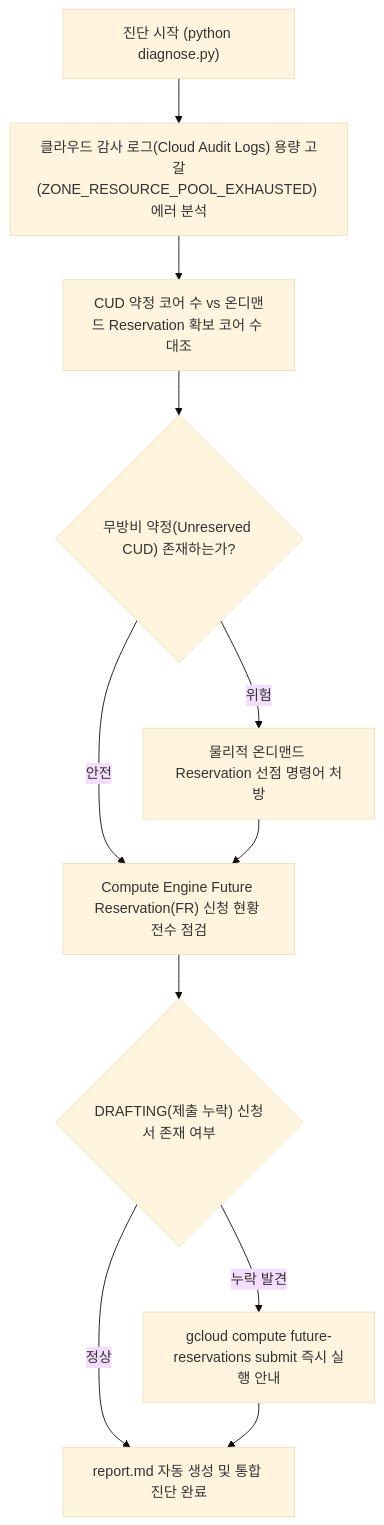
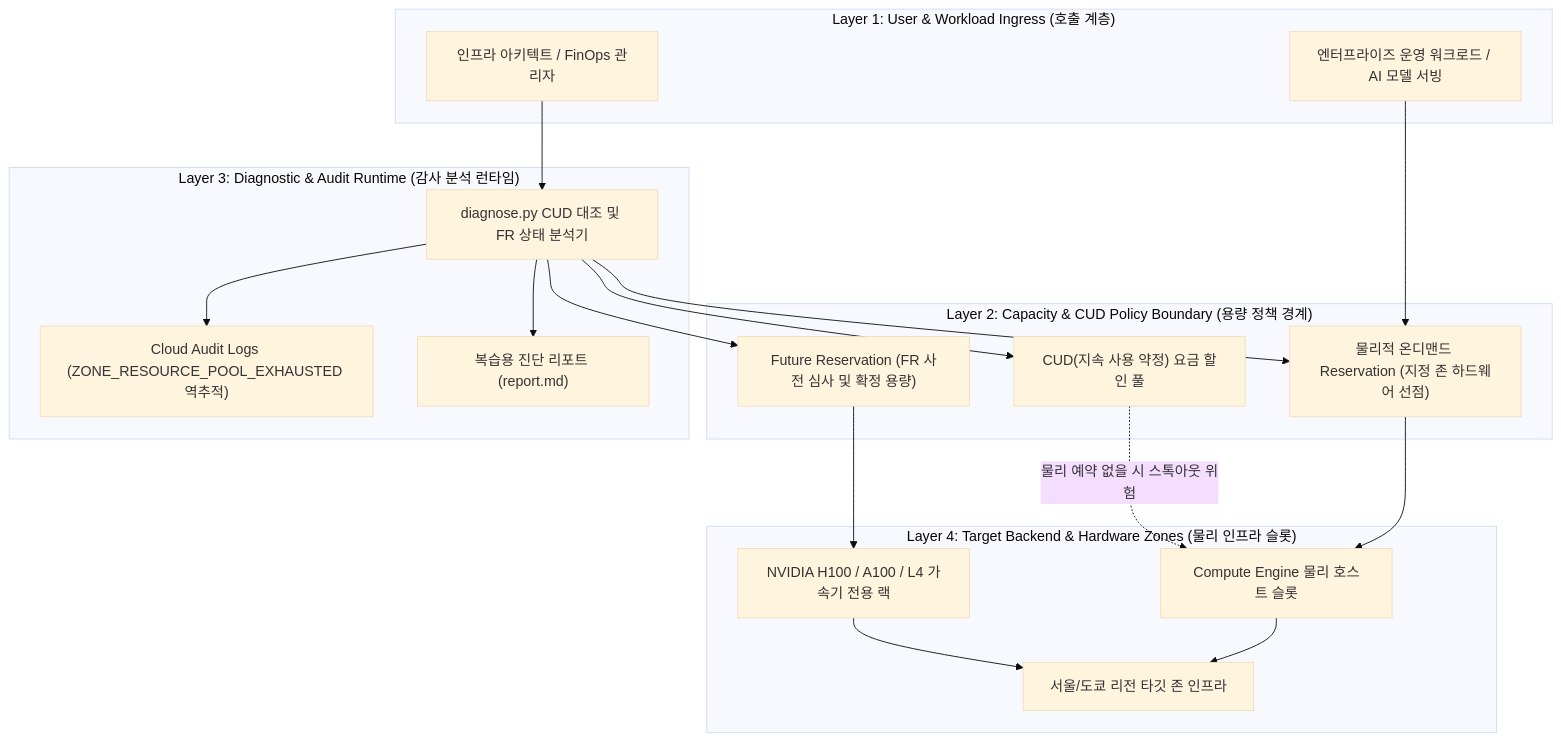
Before and after one commit to jiangjun-forge/google-cloud-0-to-1: the diagram in samples/gce-reservation-guard/README.md, drawn with Mermaid (base theme). The commit also changed other lines of this file and 94 other files, not shown here.

Commit message:
Standardize architecture specifications

````diff
--- a/samples/gce-reservation-guard/README.md
+++ b/samples/gce-reservation-guard/README.md
@@ -73,13 +73,38 @@
 ```mermaid
 flowchart TD
-    A["진단 시작 (python diagnose.py)"] --> B["클라우드 감사 로그(Cloud Audit Logs) 용량 고갈(ZONE_RESOURCE_POOL_EXHAUSTED) 에러 분석"]
-    B --> C["CUD 약정 코어 수 vs 온디맨드 Reservation 확보 코어 수 대조"]
-    C --> D{"무방비 약정(Unreserved CUD) 존재하는가?"}
-    D -->|위험| E["물리적 온디맨드 Reservation 선점 명령어 처방"]
-    D -->|안전| F["Compute Engine Future Reservation(FR) 신청 현황 전수 점검"]
-    E --> F
-    F --> G{"DRAFTING(제출 누락) 신청서 존재 여부"}
-    G -->|누락 발견| H["gcloud compute future-reservations submit 즉시 실행 안내"]
-    G -->|정상| I["report.md 자동 생성 및 통합 진단 완료"]
-    H --> I
+    subgraph Layer1["Layer 1: User & Workload Ingress (호출 계층)"]
+        ProductionWorkload["엔터프라이즈 운영 워크로드 / AI 모델 서빙"]
+        CapacityPlanner["인프라 아키텍트 / FinOps 관리자"]
+    end
+
+    subgraph Layer2["Layer 2: Capacity & CUD Policy Boundary (용량 정책 경계)"]
+        OnDemandRes["물리적 온디맨드 Reservation (지정 존 하드웨어 선점)"]
+        FutureRes["Future Reservation (FR 사전 심사 및 확정 용량)"]
+        CUDBoundary["CUD(지속 사용 약정) 요금 할인 풀"]
+    end
+
+    subgraph Layer3["Layer 3: Diagnostic & Audit Runtime (감사 분석 런타임)"]
+        AuditLogs["Cloud Audit Logs (ZONE_RESOURCE_POOL_EXHAUSTED 역추적)"]
+        GuardCLI["diagnose.py CUD 대조 및 FR 상태 분석기"]
+        ReportOutput["복습용 진단 리포트 (report.md)"]
+    end
+
+    subgraph Layer4["Layer 4: Target Backend & Hardware Zones (물리 인프라 슬롯)"]
+        PhysicalHosts["Compute Engine 물리 호스트 슬롯"]
+        GPURacks["NVIDIA H100 / A100 / L4 가속기 전용 랙"]
+        TargetZones["서울/도쿄 리전 타깃 존 인프라"]
+    end
+
+    ProductionWorkload --> OnDemandRes
+    OnDemandRes --> PhysicalHosts
+    FutureRes --> GPURacks
+    CapacityPlanner --> GuardCLI
+    GuardCLI --> AuditLogs
+    GuardCLI --> CUDBoundary
+    GuardCLI --> OnDemandRes
+    GuardCLI --> FutureRes
+    GuardCLI --> ReportOutput
+    PhysicalHosts --> TargetZones
+    GPURacks --> TargetZones
+    CUDBoundary -.->|"물리 예약 없을 시 스톡아웃 위험"| PhysicalHosts
 ```
````
